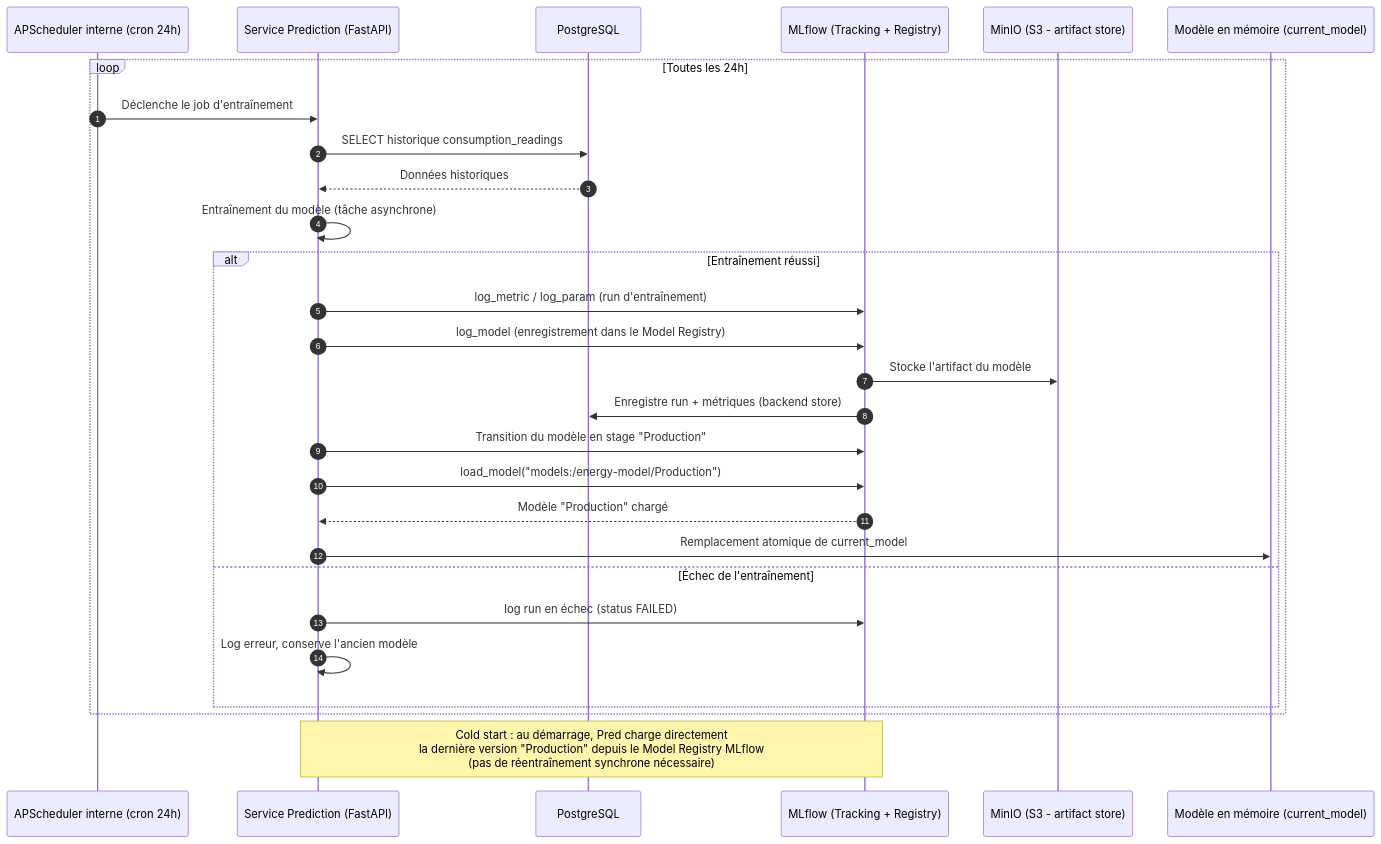
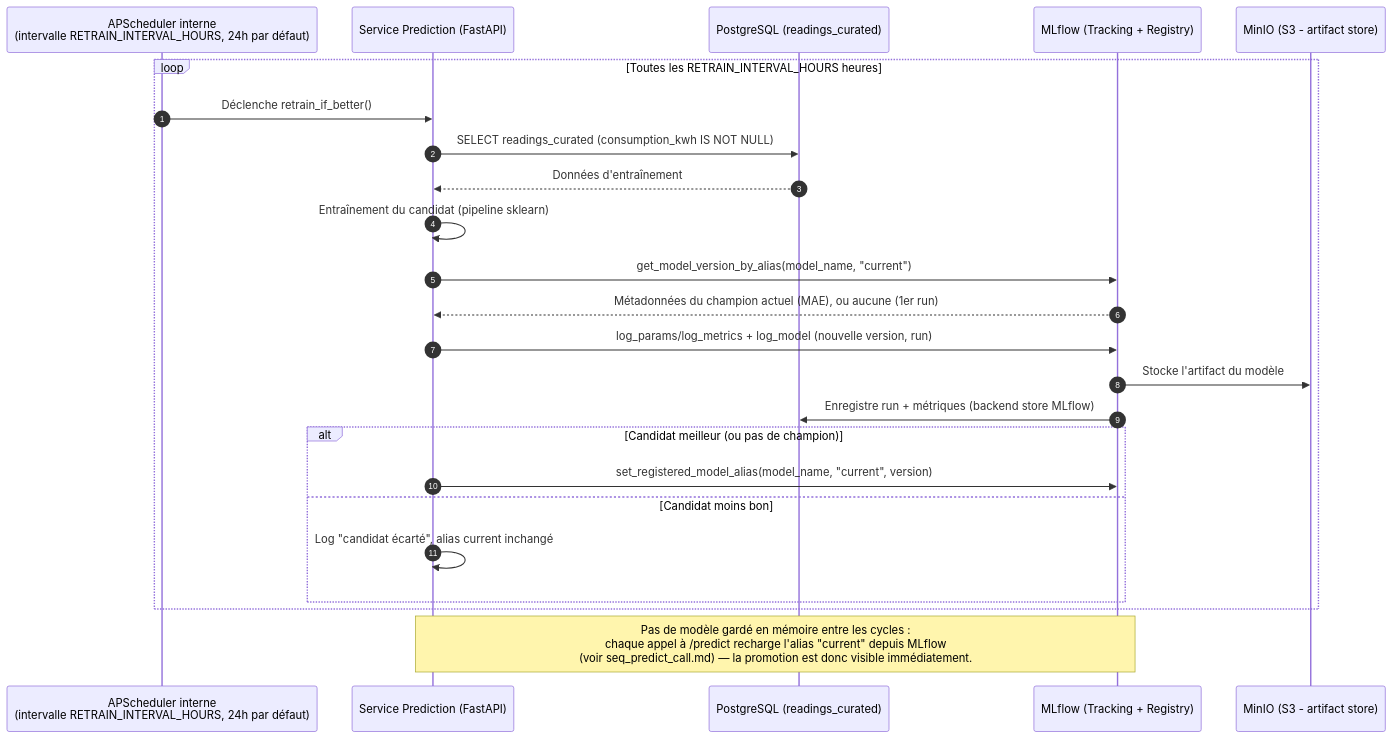
The diagram in docs/seq_prediction.md (PetitPingu/EnerVision), drawn with Mermaid before and after one commit. The commit also changed other lines of this file and 27 other files, not shown here.

````diff
--- a/docs/seq_prediction.md
+++ b/docs/seq_prediction.md
@@ -5,32 +13,28 @@
 ```mermaid
 sequenceDiagram
     autonumber
-    participant Cron as APScheduler interne (cron 24h)
+    participant Cron as APScheduler interne<br/>(intervalle RETRAIN_INTERVAL_HOURS, 24h par défaut)
     participant Pred as Service Prediction (FastAPI)
-    participant PG as PostgreSQL
+    participant PG as PostgreSQL (readings_curated)
     participant MLflow as MLflow (Tracking + Registry)
     participant MinIO as MinIO (S3 - artifact store)
-    participant Mem as Modèle en mémoire (current_model)
- 
-    loop Toutes les 24h
-        Cron->>Pred: Déclenche le job d'entraînement
-        Pred->>PG: SELECT historique consumption_readings
-        PG-->>Pred: Données historiques
-        Pred->>Pred: Entraînement du modèle (tâche asynchrone)
-        alt Entraînement réussi
-            Pred->>MLflow: log_metric / log_param (run d'entraînement)
-            Pred->>MLflow: log_model (enregistrement dans le Model Registry)
-            MLflow->>MinIO: Stocke l'artifact du modèle
-            MLflow->>PG: Enregistre run + métriques (backend store)
-            Pred->>MLflow: Transition du modèle en stage "Production"
-            Pred->>MLflow: load_model("models:/energy-model/Production")
-            MLflow-->>Pred: Modèle "Production" chargé
-            Pred->>Mem: Remplacement atomique de current_model
-        else Échec de l'entraînement
-            Pred->>MLflow: log run en échec (status FAILED)
-            Pred->>Pred: Log erreur, conserve l'ancien modèle
+
+    loop Toutes les RETRAIN_INTERVAL_HOURS heures
+        Cron->>Pred: Déclenche retrain_if_better()
+        Pred->>PG: SELECT readings_curated (consumption_kwh IS NOT NULL)
+        PG-->>Pred: Données d'entraînement
+        Pred->>Pred: Entraînement du candidat (pipeline sklearn)
+        Pred->>MLflow: get_model_version_by_alias(model_name, "current")
+        MLflow-->>Pred: Métadonnées du champion actuel (MAE), ou aucune (1er run)
+        Pred->>MLflow: log_params/log_metrics + log_model (nouvelle version, run)
+        MLflow->>MinIO: Stocke l'artifact du modèle
+        MLflow->>PG: Enregistre run + métriques (backend store MLflow)
+        alt Candidat meilleur (ou pas de champion)
+            Pred->>MLflow: set_registered_model_alias(model_name, "current", version)
+        else Candidat moins bon
+            Pred->>Pred: Log "candidat écarté", alias current inchangé
         end
     end
- 
-    Note over Pred,MLflow: Cold start : au démarrage, Pred charge directement<br/>la dernière version "Production" depuis le Model Registry MLflow<br/>(pas de réentraînement synchrone nécessaire)
+
+    Note over Pred,MLflow: Pas de modèle gardé en mémoire entre les cycles :<br/>chaque appel à /predict recharge l'alias "current" depuis MLflow<br/>(voir seq_predict_call.md) — la promotion est donc visible immédiatement.
 ```
````
